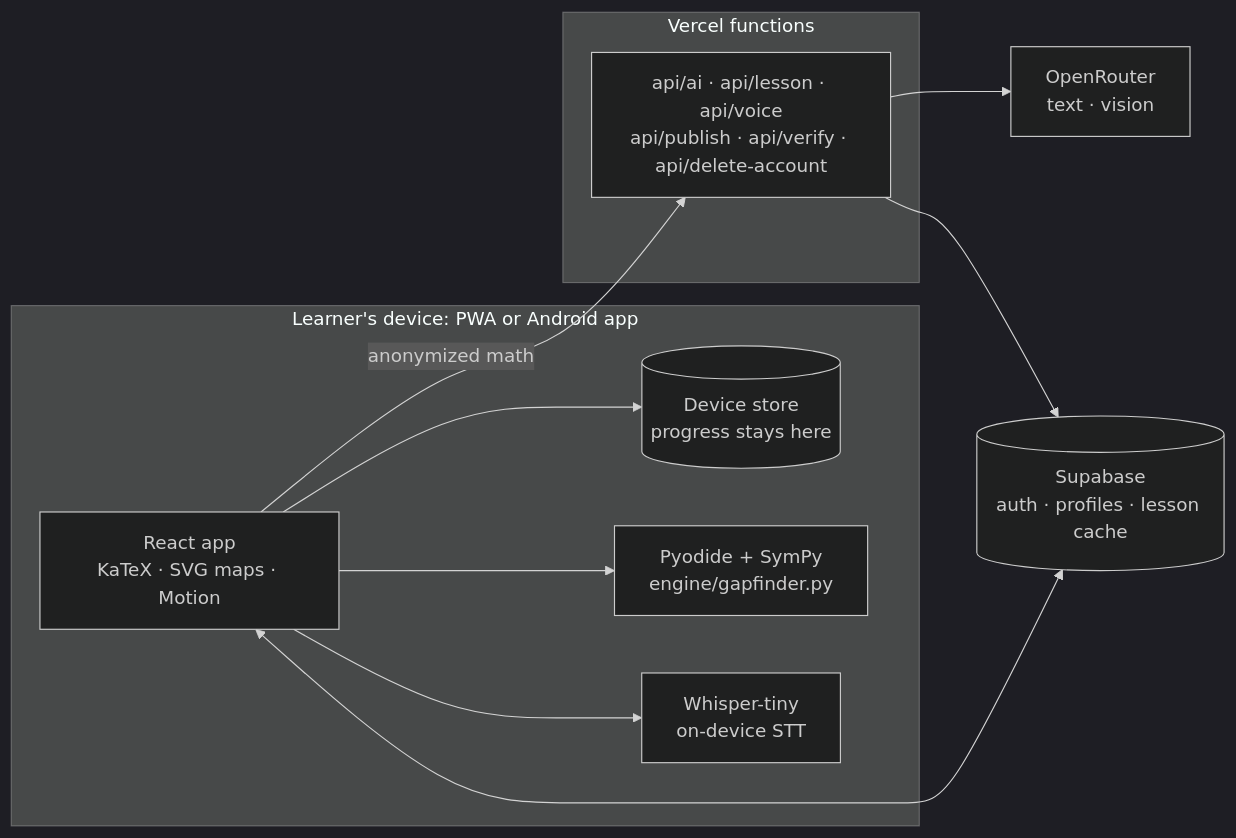
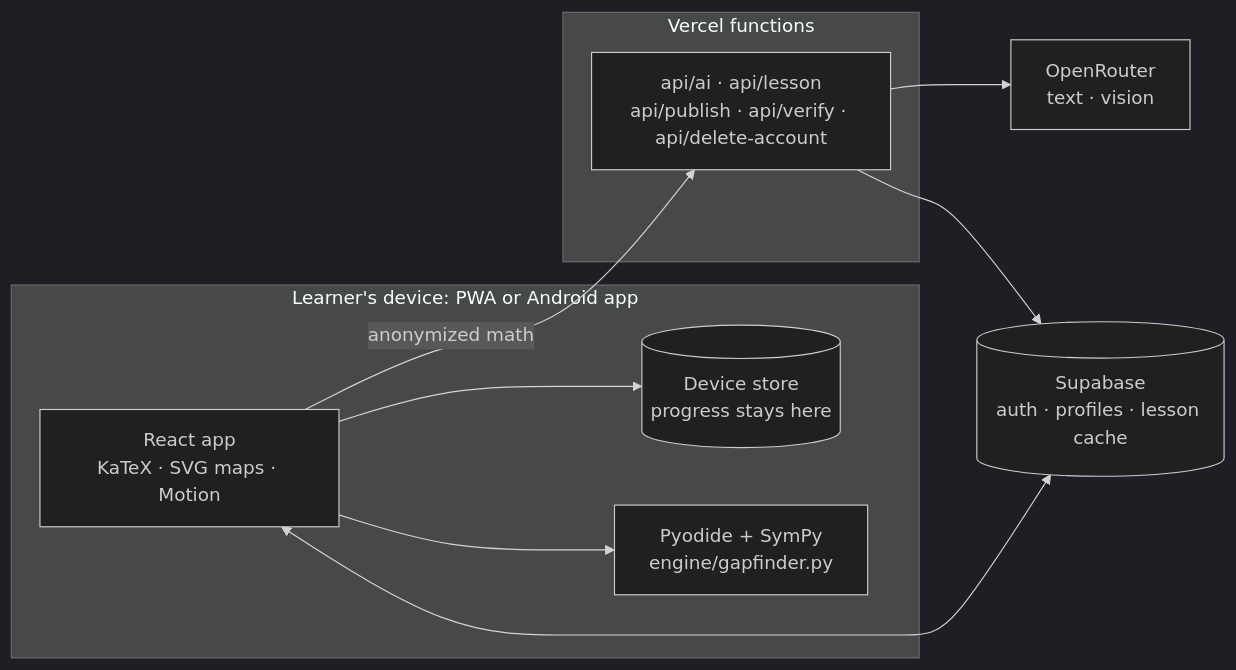
Before and after one commit to Manflora27/HackathonBsit: the diagram in README.md, drawn with Mermaid (dark theme). The commit also changed other lines of this file and 30 other files, not shown here.

````diff
--- a/README.md
+++ b/README.md
@@ -47,19 +46,17 @@
 ```mermaid
 flowchart LR
   subgraph APP["Learner's device: PWA or Android app"]
     UI[React app<br/>KaTeX · SVG maps · Motion]
     ST[(Device store<br/>progress stays here)]
     PY[Pyodide + SymPy<br/>engine/gapfinder.py]
-    WH[Whisper-tiny<br/>on-device STT]
   end
   subgraph SV["Vercel functions"]
-    PX[api/ai · api/lesson · api/voice<br/>api/publish · api/verify · api/delete-account]
+    PX[api/ai · api/lesson<br/>api/publish · api/verify · api/delete-account]
   end
   UI --> ST
   UI --> PY
-  UI --> WH
   UI -- anonymized math --> PX
   PX --> OR[OpenRouter<br/>text · vision]
   PX --> DB
   UI <--> DB[(Supabase<br/>auth · profiles · lesson cache)]
 ```
````
